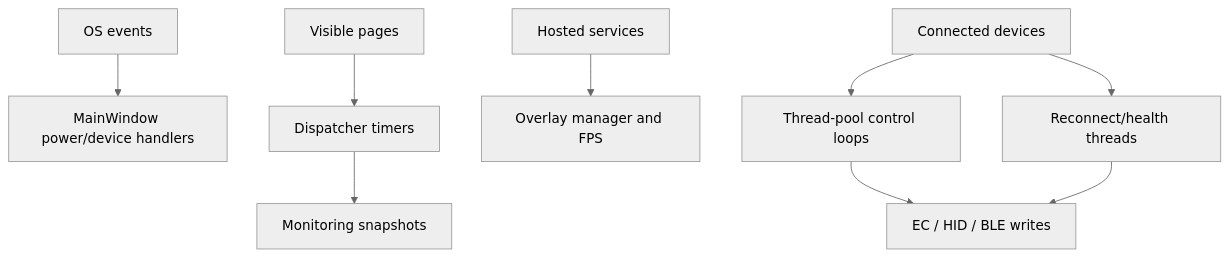
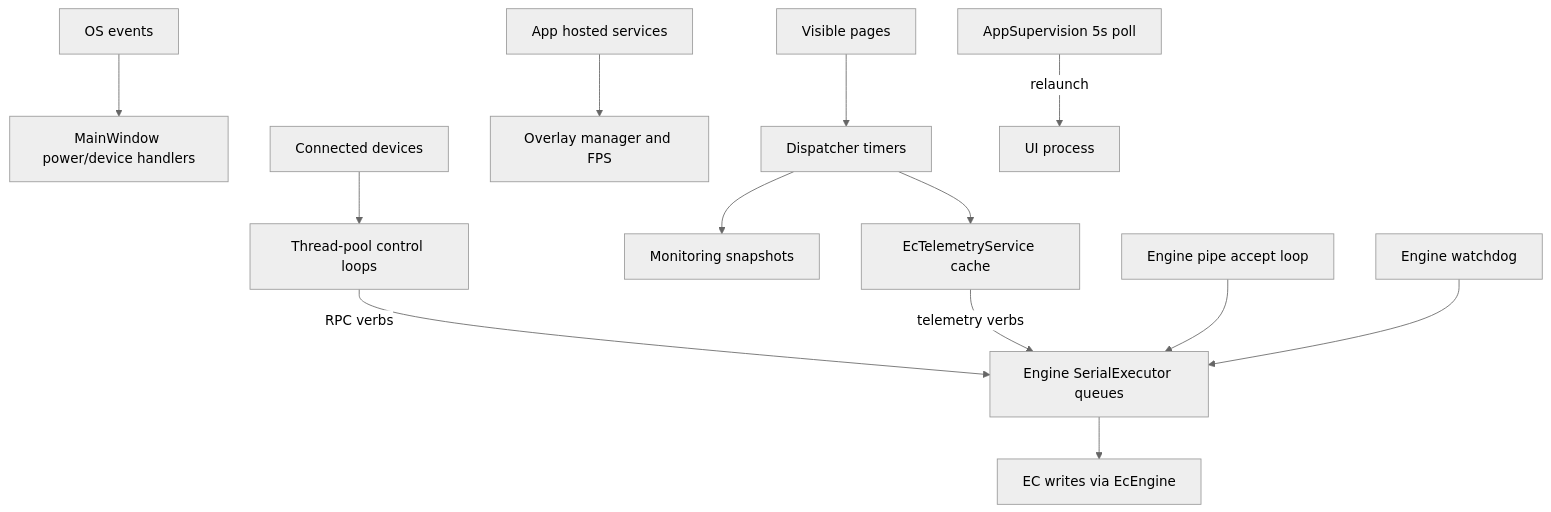
One commit to Uniwill-Control-Utility/Uniwill-Control-Utility changed the diagram in wiki/architecture/background-processing.md. Above: the diagram before and after it, drawn with Mermaid (neutral theme). The commit also changed other lines of this file and 24 other files, not shown here.

First line of the commit message:
Phase 6: retire the guardian and the dev bridge; the engine is the architecture

````diff
--- a/wiki/architecture/background-processing.md
+++ b/wiki/architecture/background-processing.md
@@ -7,11 +7,15 @@
 ```mermaid
 flowchart TB
     OS[OS events] --> Main[MainWindow power/device handlers]
     UI[Visible pages] --> Dispatcher[Dispatcher timers]
-    Host[Hosted services] --> Overlay[Overlay manager and FPS]
+    Host[App hosted services] --> Overlay[Overlay manager and FPS]
     Device[Connected devices] --> Control[Thread-pool control loops]
-    Device --> Reconnect[Reconnect/health threads]
-    Control --> Hardware[EC / HID / BLE writes]
+    Control -->|RPC verbs| Queues[Engine SerialExecutor queues]
     Dispatcher --> Snapshot[Monitoring snapshots]
-    Reconnect --> Hardware
+    Dispatcher --> Tele[EcTelemetryService cache]
+    Tele -->|telemetry verbs| Queues
+    Queues --> HW[EC writes via EcEngine]
+    Pipe[Engine pipe accept loop] --> Queues
+    Watchdog[Engine watchdog] --> Queues
+    Supervise[AppSupervision 5s poll] -->|relaunch| App[UI process]
 ```
````
